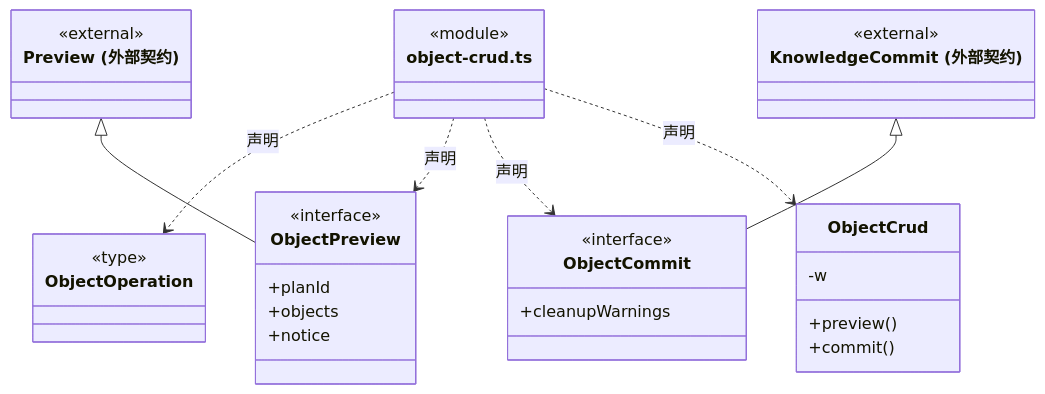
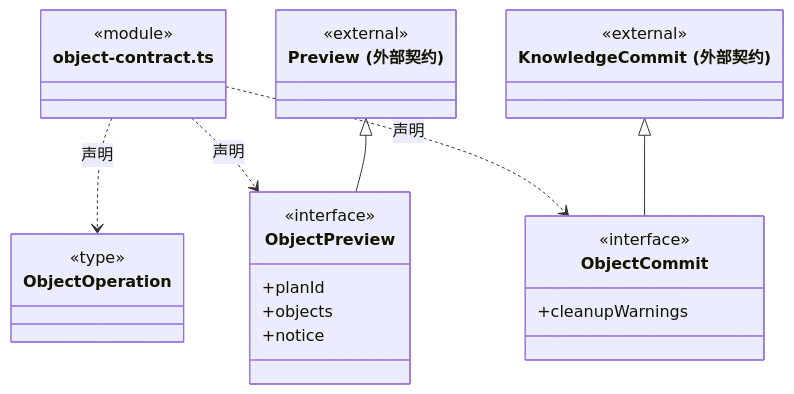
Before and after one commit to nan023062/cbim: the ninth of 36 diagrams in src/backend/core/knowledge/ARCHITECTURE.md, drawn with Mermaid. The commit also changed other lines of this file and 356 other files, not shown here.

First line of the commit message:
chore: preserve architecture remediation before desktop 0.1.7 alignment

````diff
--- a/src/backend/core/knowledge/ARCHITECTURE.md
+++ b/src/backend/core/knowledge/ARCHITECTURE.md
@@ -147,37 +176,31 @@
 ```mermaid
 classDiagram
-class N_src_backend_core_knowledge_object_crud_ts["object-crud.ts"] {
+class N_src_backend_core_knowledge_object_contract_ts["object-contract.ts"] {
   <<module>>
 }
-class N_src_backend_core_knowledge_object_crud_ts_ObjectOperation["ObjectOperation"] {
+class N_src_backend_core_knowledge_object_contract_ts_ObjectOperation["ObjectOperation"] {
   <<type>>
 
 }
-N_src_backend_core_knowledge_object_crud_ts ..> N_src_backend_core_knowledge_object_crud_ts_ObjectOperation : 声明
-class N_src_backend_core_knowledge_object_crud_ts_ObjectPreview["ObjectPreview"] {
+N_src_backend_core_knowledge_object_contract_ts ..> N_src_backend_core_knowledge_object_contract_ts_ObjectOperation : 声明
+class N_src_backend_core_knowledge_object_contract_ts_ObjectPreview["ObjectPreview"] {
   <<interface>>
   +planId
   +objects
   +notice
 }
-N_src_backend_core_knowledge_object_crud_ts ..> N_src_backend_core_knowledge_object_crud_ts_ObjectPreview : 声明
-class N_src_backend_core_knowledge_object_crud_ts_external_Preview["Preview (外部契约)"] {
+N_src_backend_core_knowledge_object_contract_ts ..> N_src_backend_core_knowledge_object_contract_ts_ObjectPreview : 声明
+class N_src_backend_core_knowledge_object_contract_ts_external_Preview["Preview (外部契约)"] {
   <<external>>
 }
-N_src_backend_core_knowledge_object_crud_ts_external_Preview <|-- N_src_backend_core_knowledge_object_crud_ts_ObjectPreview
-class N_src_backend_core_knowledge_object_crud_ts_ObjectCommit["ObjectCommit"] {
+N_src_backend_core_knowledge_object_contract_ts_external_Preview <|-- N_src_backend_core_knowledge_object_contract_ts_ObjectPreview
+class N_src_backend_core_knowledge_object_contract_ts_ObjectCommit["ObjectCommit"] {
   <<interface>>
   +cleanupWarnings
 }
-N_src_backend_core_knowledge_object_crud_ts ..> N_src_backend_core_knowledge_object_crud_ts_ObjectCommit : 声明
-class N_src_backend_core_knowledge_object_crud_ts_external_KnowledgeCommit["KnowledgeCommit (外部契约)"] {
+N_src_backend_core_knowledge_object_contract_ts ..> N_src_backend_core_knowledge_object_contract_ts_ObjectCommit : 声明
+class N_src_backend_core_knowledge_object_contract_ts_external_KnowledgeCommit["KnowledgeCommit (外部契约)"] {
   <<external>>
 }
-N_src_backend_core_knowledge_object_crud_ts_external_KnowledgeCommit <|-- N_src_backend_core_knowledge_object_crud_ts_ObjectCommit
-class N_src_backend_core_knowledge_object_crud_ts_ObjectCrud["ObjectCrud"] {
-  +preview()
-  +commit()
-  -w
-}
-N_src_backend_core_knowledge_object_crud_ts ..> N_src_backend_core_knowledge_object_crud_ts_ObjectCrud : 声明
+N_src_backend_core_knowledge_object_contract_ts_external_KnowledgeCommit <|-- N_src_backend_core_knowledge_object_contract_ts_ObjectCommit
 ```
````
